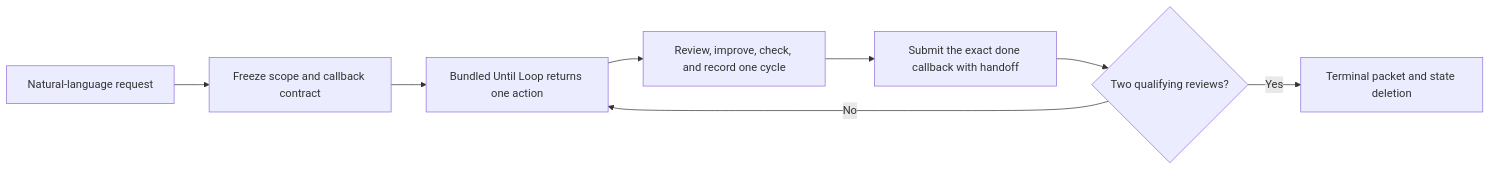
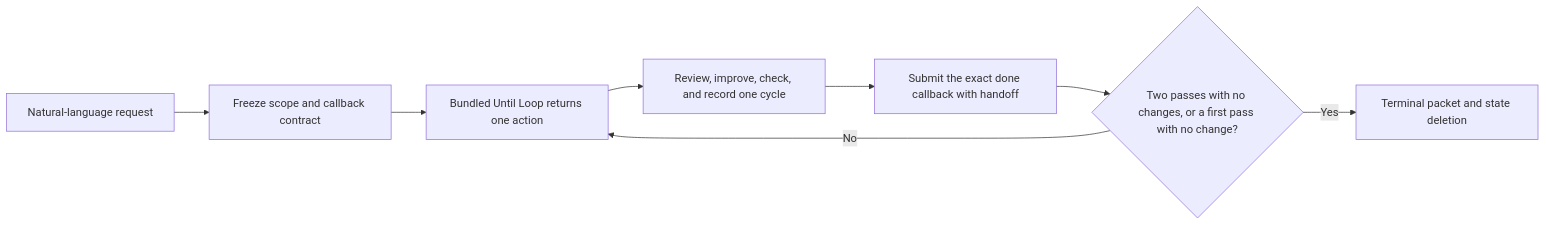
The diagram in skills/improve/README.md (whichguy/skill-craft), drawn with Mermaid before and after one commit. The commit also changed other lines of this file and 3 other files, not shown here.

```diff
--- a/skills/improve/README.md
+++ b/skills/improve/README.md
@@ -3,10 +3,10 @@
 ~~~mermaid
 flowchart LR
     Request[Natural-language request] --> Contract[Freeze scope and callback contract]
     Contract --> Packet[Bundled Until Loop returns one action]
     Packet --> Cycle[Review, improve, check, and record one cycle]
     Cycle --> Report[Submit the exact done callback with handoff]
-    Report --> Gate{Two qualifying reviews?}
+    Report --> Gate{Two passes with no changes, or a first pass with no change?}
     Gate -->|No| Packet
     Gate -->|Yes| Terminal[Terminal packet and state deletion]
 ~~~
```
